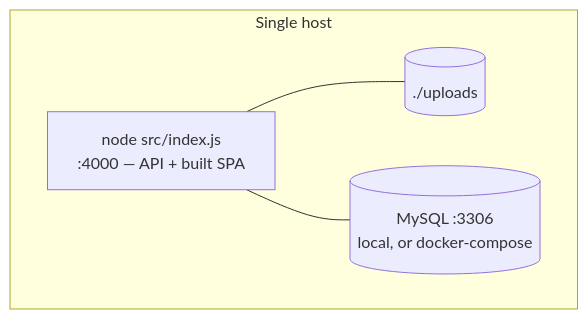
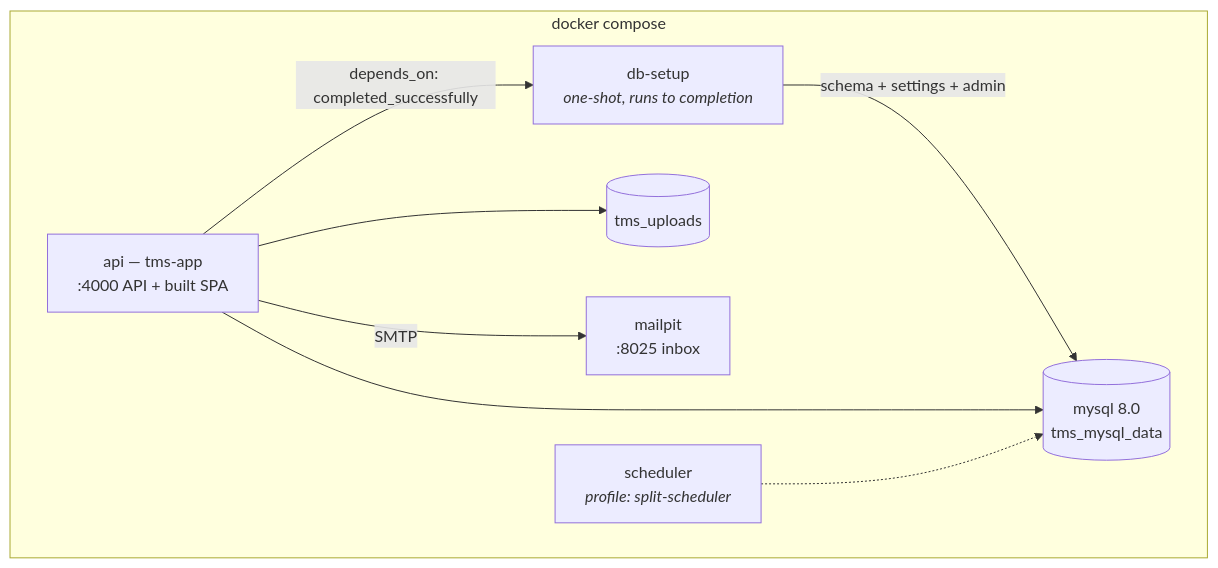
Diagram 13 of 14 in docs/ARCHITECTURE.md (makmot256/TASK-MANAGEMENT-SYSTEM), drawn with Mermaid before and after one commit. The commit also changed other lines of this file and 48 other files, not shown here.

````diff
--- a/docs/ARCHITECTURE.md
+++ b/docs/ARCHITECTURE.md
@@ -552,10 +567,18 @@
 ```mermaid
 graph TB
-    subgraph single["Single host"]
-        n["node src/index.js<br/>:4000 — API + built SPA"]
-        u[("./uploads")]
-        m[("MySQL :3306<br/>local, or docker-compose")]
+    subgraph compose["docker compose"]
+        api["api — tms-app<br/>:4000 API + built SPA"]
+        setup["db-setup<br/><i>one-shot, runs to completion</i>"]
+        mp["mailpit<br/>:8025 inbox"]
+        m[("mysql 8.0<br/>tms_mysql_data")]
+        u[("tms_uploads")]
+        sch["scheduler<br/><i>profile: split-scheduler</i>"]
     end
-    n --- u
-    n --- m
+
+    setup -- "schema + settings + admin" --> m
+    api -- "depends_on: completed_successfully" --> setup
+    api --> m
+    api --> u
+    api -- SMTP --> mp
+    sch -.-> m
 ```
````
